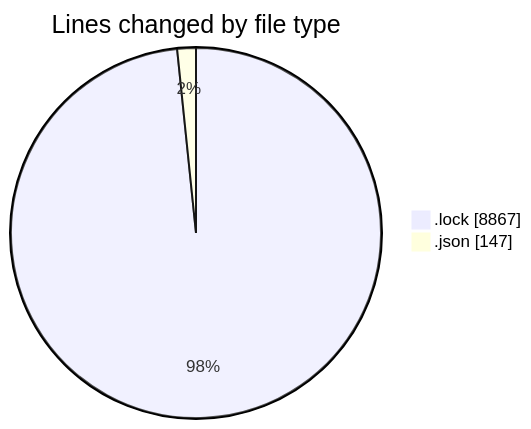
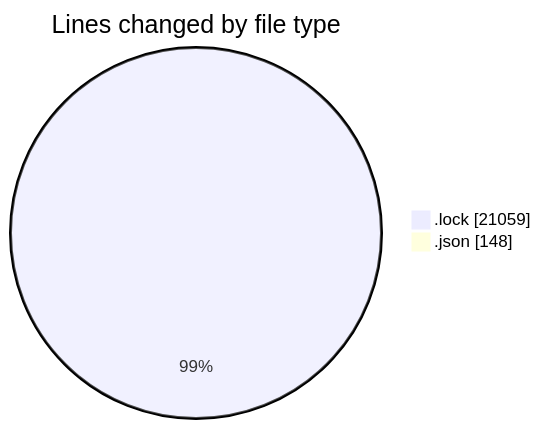
The first of 2 diagrams in 2025-10-20/cda/README.md (momahboobian/code-tracking), drawn with Mermaid before and after one commit. The commit also changed other lines of this file and 1 other file, not shown here.

````diff
--- a/2025-10-20/cda/README.md
+++ b/2025-10-20/cda/README.md
@@ -23,6 +24,6 @@
 ```mermaid
 pie showData
 title Lines changed by file type
-".lock" : 8867
-".json" : 147
+".lock" : 21059
+".json" : 148
 ```
````
